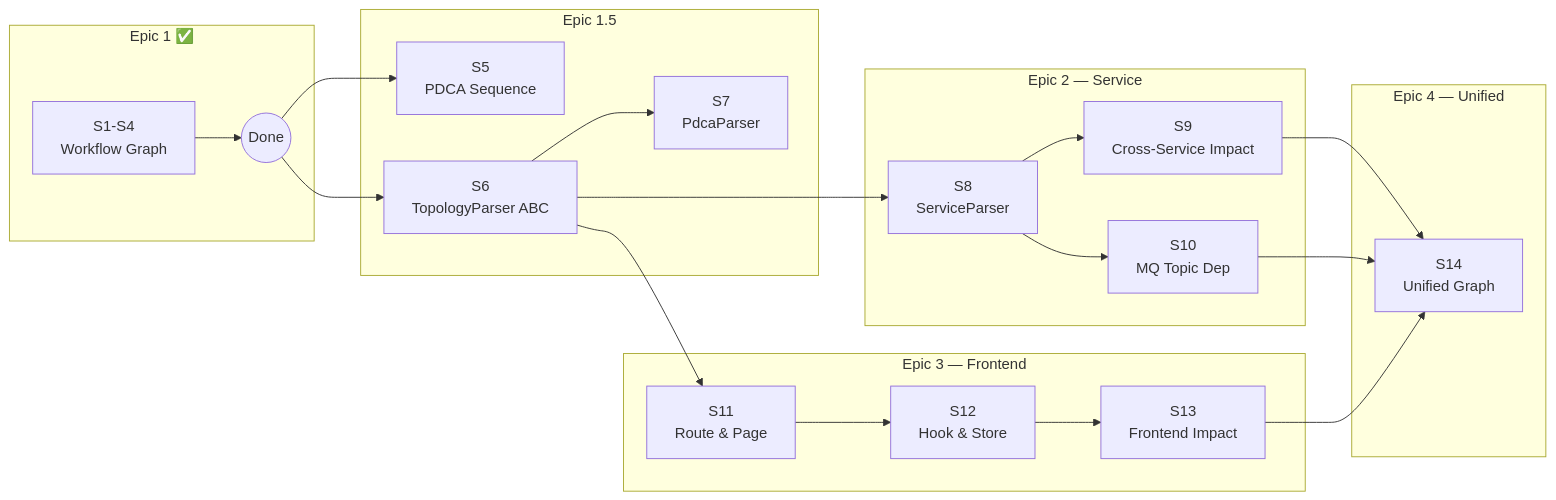
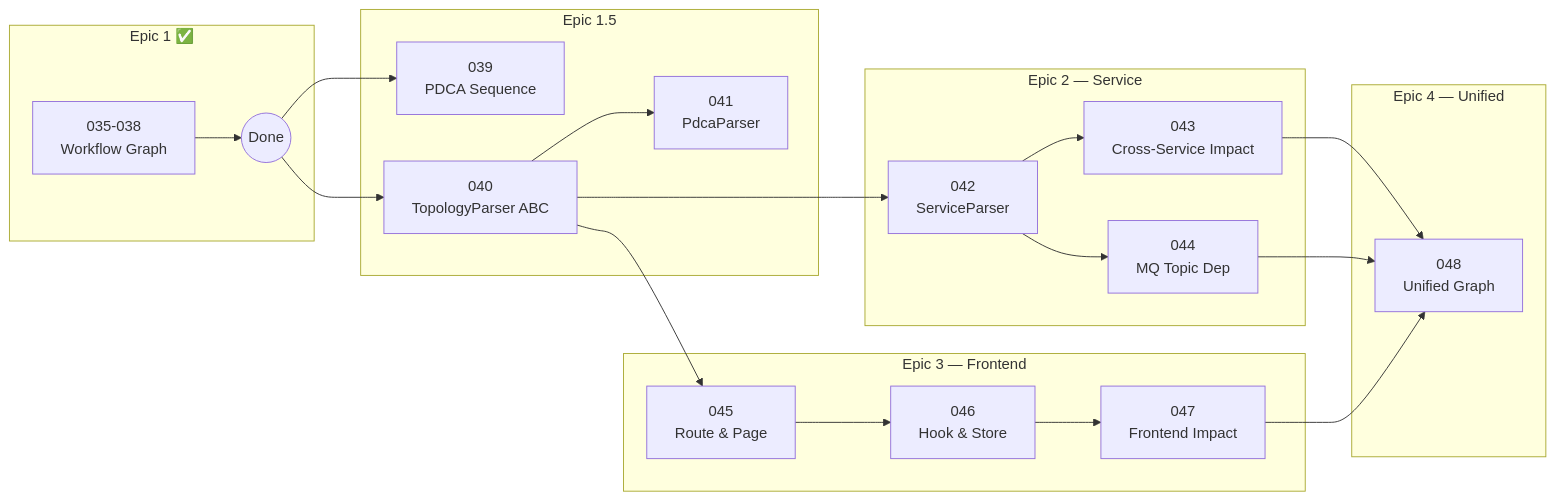
One commit to pactkit/pactkit-src changed the second of 2 diagrams in docs/product/prd.md. Above: the diagram before and after it, drawn with Mermaid. The commit also changed other lines of this file and 4 other files, not shown here.

````diff
--- a/docs/product/prd.md
+++ b/docs/product/prd.md
@@ -374,30 +374,30 @@
 ```mermaid
 graph LR
     subgraph "Epic 1 ✅"
-        S1[S1-S4<br>Workflow Graph] --> S038((Done))
+        E1[035-038<br>Workflow Graph] --> Done038((Done))
     end
 
     subgraph "Epic 1.5"
-        S038 --> S5[S5<br>PDCA Sequence]
-        S038 --> S6[S6<br>TopologyParser ABC]
-        S6 --> S7[S7<br>PdcaParser]
+        Done038 --> S039[039<br>PDCA Sequence]
+        Done038 --> S040[040<br>TopologyParser ABC]
+        S040 --> S041[041<br>PdcaParser]
     end
 
     subgraph "Epic 2 — Service"
-        S6 --> S8[S8<br>ServiceParser]
-        S8 --> S9[S9<br>Cross-Service Impact]
-        S8 --> S10[S10<br>MQ Topic Dep]
+        S040 --> S042[042<br>ServiceParser]
+        S042 --> S043[043<br>Cross-Service Impact]
+        S042 --> S044[044<br>MQ Topic Dep]
     end
 
     subgraph "Epic 3 — Frontend"
-        S6 --> S11[S11<br>Route & Page]
-        S11 --> S12[S12<br>Hook & Store]
-        S12 --> S13[S13<br>Frontend Impact]
+        S040 --> S045[045<br>Route & Page]
+        S045 --> S046[046<br>Hook & Store]
+        S046 --> S047[047<br>Frontend Impact]
     end
 
     subgraph "Epic 4 — Unified"
-        S9 --> S14[S14<br>Unified Graph]
-        S10 --> S14
-        S13 --> S14
+        S043 --> S048[048<br>Unified Graph]
+        S044 --> S048
+        S047 --> S048
     end
 ```
````
